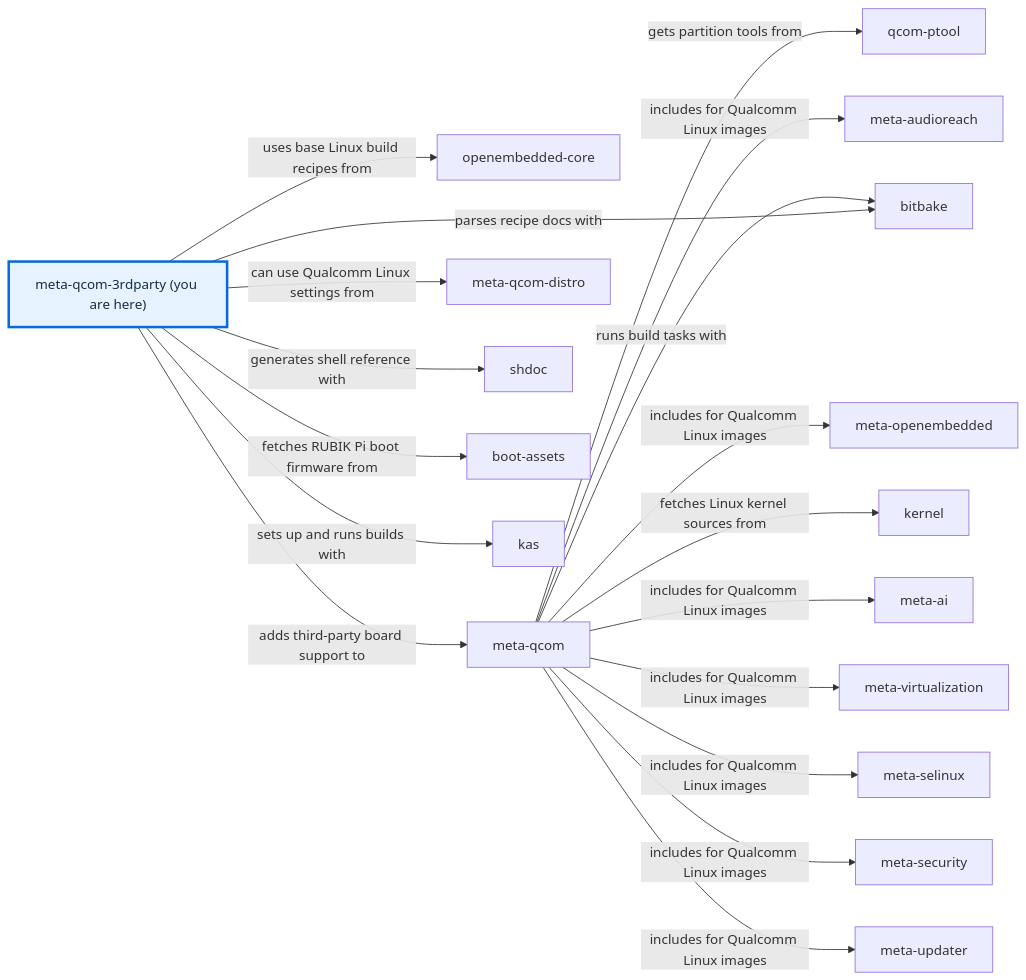
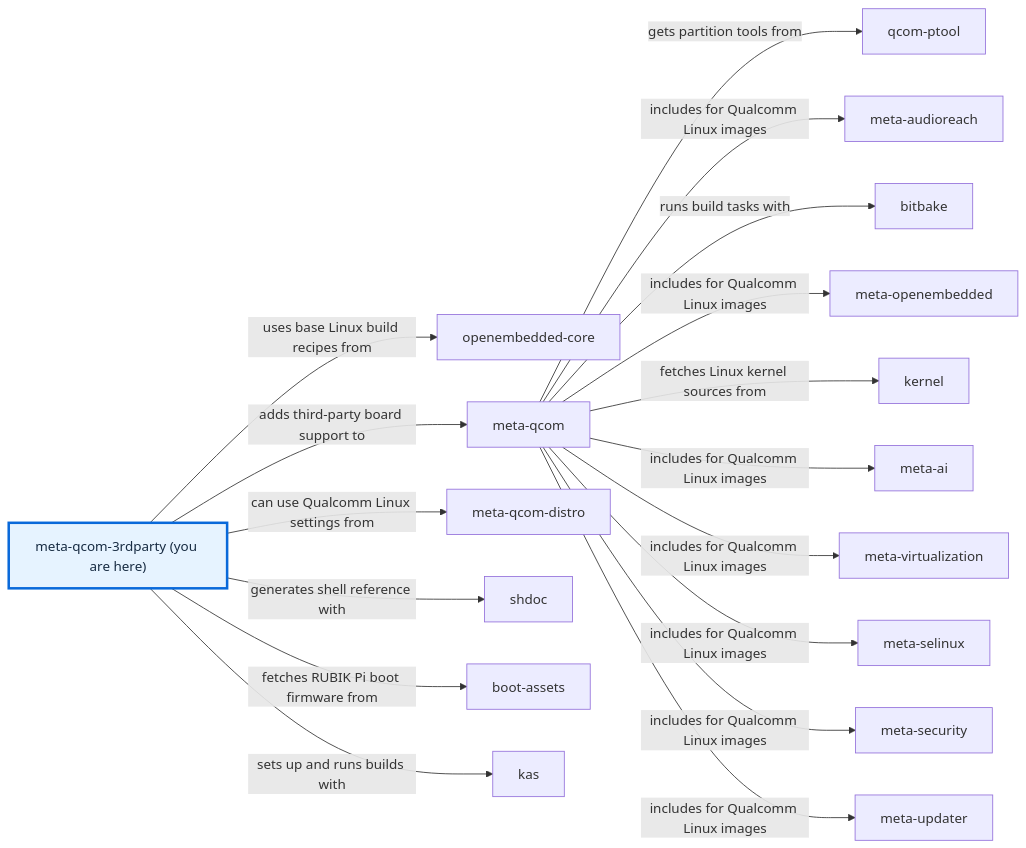
The diagram in README.md (devdocsorg/meta-qcom-3rdparty), drawn with Mermaid before and after one commit. The commit also changed other lines of this file and 115 other files, not shown here.

````diff
--- a/README.md
+++ b/README.md
@@ -135,55 +150,54 @@
 ```mermaid
 flowchart LR
     r0["meta-qcom-3rdparty (you are here)"]
     click r0 href "https://github.com/qualcomm-linux/meta-qcom-3rdparty" _blank
     r1["meta-audioreach"]
     click r1 href "https://github.com/AudioReach/meta-audioreach" _blank
     r2["bitbake"]
     click r2 href "https://github.com/openembedded/bitbake" _blank
     r3["meta-openembedded"]
     click r3 href "https://github.com/openembedded/meta-openembedded" _blank
     r4["openembedded-core"]
     click r4 href "https://github.com/openembedded/openembedded-core" _blank
     r5["kernel"]
     click r5 href "https://github.com/qualcomm-linux/kernel" _blank
     r6["meta-ai"]
     click r6 href "https://github.com/qualcomm-linux/meta-ai" _blank
     r7["meta-qcom"]
     click r7 href "https://github.com/qualcomm-linux/meta-qcom" _blank
     r8["meta-qcom-distro"]
     click r8 href "https://github.com/qualcomm-linux/meta-qcom-distro" _blank
     r9["qcom-ptool"]
     click r9 href "https://github.com/qualcomm-linux/qcom-ptool" _blank
     r10["shdoc"]
     click r10 href "https://github.com/reconquest/shdoc" _blank
     r11["boot-assets"]
     click r11 href "https://github.com/rubikpi-ai/boot-assets" _blank
     r12["kas"]
     click r12 href "https://github.com/siemens/kas" _blank
     r13["meta-updater"]
     click r13 href "https://github.com/uptane/meta-updater" _blank
     r14["meta-security"]
     click r14 href "https://git.yoctoproject.org/meta-security" _blank
     r15["meta-selinux"]
     click r15 href "https://git.yoctoproject.org/meta-selinux" _blank
     r16["meta-virtualization"]
     click r16 href "https://git.yoctoproject.org/meta-virtualization" _blank
     r0 -->|"uses base Linux build recipes from"| r4
     r0 -->|"adds third-party board support to"| r7
     r0 -->|"can use Qualcomm Linux settings from"| r8
     r7 -->|"gets partition tools from"| r9
     r0 -->|"fetches RUBIK Pi boot firmware from"| r11
     r0 -->|"sets up and runs builds with"| r12
     r7 -->|"includes for Qualcomm Linux images"| r1
     r7 -->|"runs build tasks with"| r2
     r7 -->|"includes for Qualcomm Linux images"| r3
     r7 -->|"fetches Linux kernel sources from"| r5
     r7 -->|"includes for Qualcomm Linux images"| r6
     r7 -->|"includes for Qualcomm Linux images"| r16
     r7 -->|"includes for Qualcomm Linux images"| r15
     r7 -->|"includes for Qualcomm Linux images"| r14
     r7 -->|"includes for Qualcomm Linux images"| r13
     r0 -->|"generates shell reference with"| r10
-    r0 -->|"parses recipe docs with"| r2
     style r0 fill:#e6f3ff,stroke:#0969da,stroke-width:3px,color:#182c43
 ```
````
